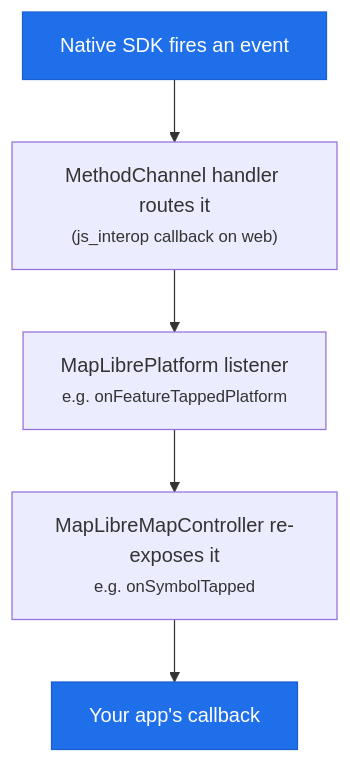
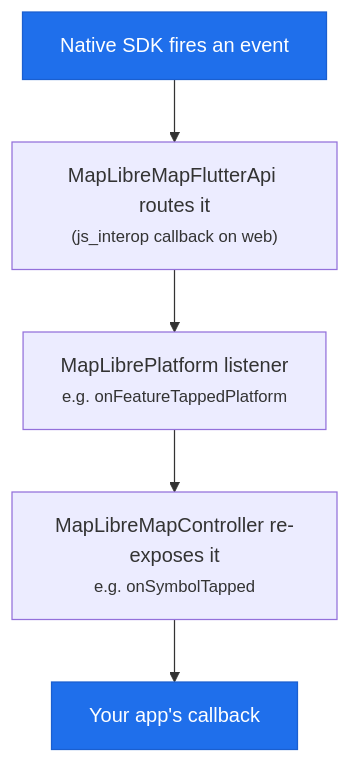
The second of 2 diagrams in website/docs/concepts/architecture.md (maplibre/flutter-maplibre-gl), drawn with Mermaid before and after one commit. The commit also changed other lines of this file and 364 other files, not shown here.

````diff
--- a/website/docs/concepts/architecture.md
+++ b/website/docs/concepts/architecture.md
@@ -105,13 +108,13 @@
 ```mermaid
 flowchart TD
     EV["Native SDK fires an event"]
-    ROUTE["MethodChannel handler routes it<br/><small>(js_interop callback on web)</small>"]
+    ROUTE["MapLibreMapFlutterApi routes it<br/><small>(js_interop callback on web)</small>"]
     LISTEN["MapLibrePlatform listener<br/><small>e.g. onFeatureTappedPlatform</small>"]
     REEXPOSE["MapLibreMapController re-exposes it<br/><small>e.g. onSymbolTapped</small>"]
     CB["Your app's callback"]
 
     EV --> ROUTE --> LISTEN --> REEXPOSE --> CB
 
     classDef emphasis fill:#1f6feb,stroke:#1a5fd0,color:#fff;
     class EV,CB emphasis
 ```
````
